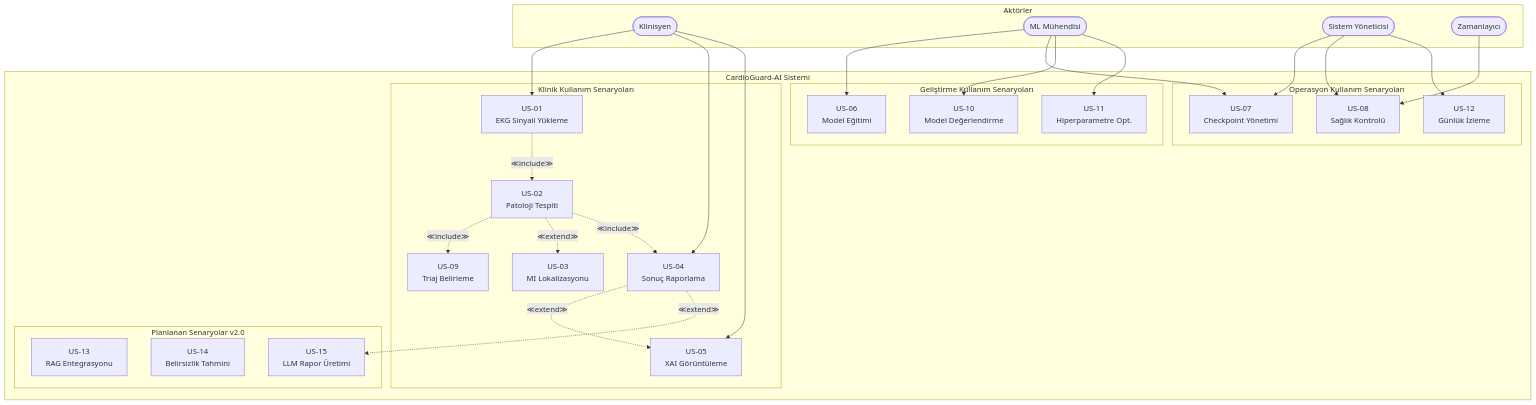
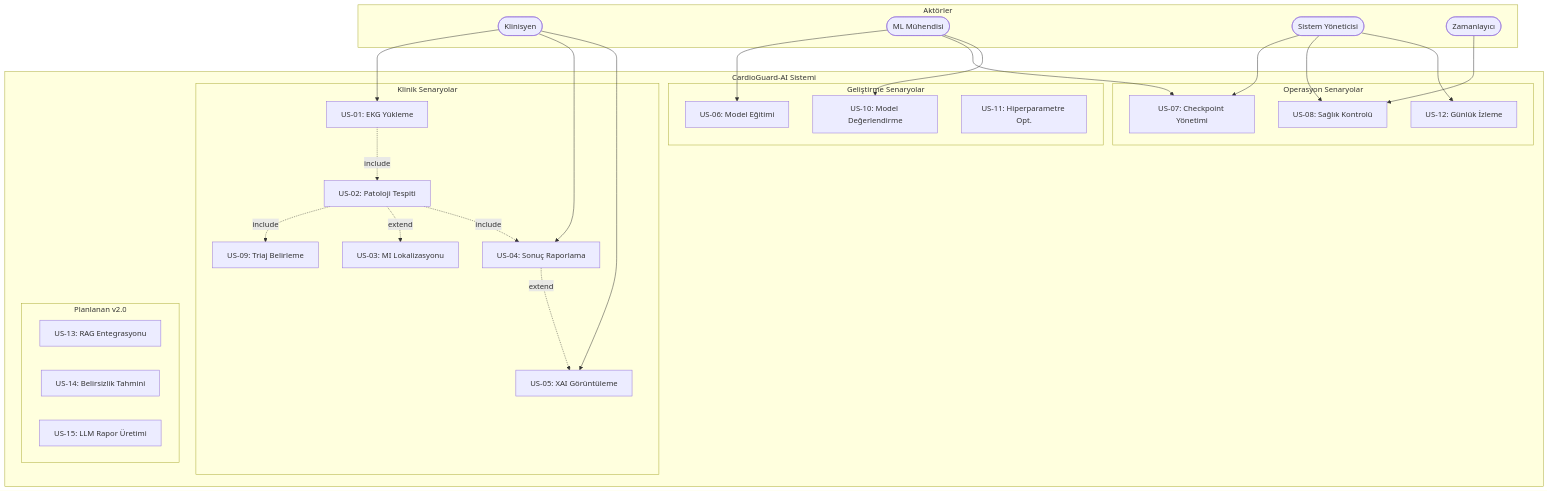
The diagram in docs/diagrams/02_use_case_diagram.md (mUsaulug/CardioGuard-AI), drawn with Mermaid before and after one commit. The commit also changed other lines of this file and 5 other files, not shown here.

````diff
--- a/docs/diagrams/02_use_case_diagram.md
+++ b/docs/diagrams/02_use_case_diagram.md
@@ -36,60 +30,58 @@
 ```mermaid
 graph TD
     subgraph Aktorler["Aktörler"]
         A1(["Klinisyen"])
         A2(["ML Mühendisi"])
         A3(["Sistem Yöneticisi"])
         A4(["Zamanlayıcı"])
     end
     
     subgraph Sistem["CardioGuard-AI Sistemi"]
-        subgraph Klinik["Klinik Kullanım Senaryoları"]
-            UC1["US-01<br/>EKG Sinyali Yükleme"]
-            UC2["US-02<br/>Patoloji Tespiti"]
-            UC3["US-03<br/>MI Lokalizasyonu"]
-            UC4["US-04<br/>Sonuç Raporlama"]
-            UC5["US-05<br/>XAI Görüntüleme"]
-            UC9["US-09<br/>Triaj Belirleme"]
+        subgraph Klinik["Klinik Senaryolar"]
+            UC1["US-01: EKG Yükleme"]
+            UC2["US-02: Patoloji Tespiti"]
+            UC3["US-03: MI Lokalizasyonu"]
+            UC4["US-04: Sonuç Raporlama"]
+            UC5["US-05: XAI Görüntüleme"]
+            UC9["US-09: Triaj Belirleme"]
         end
         
-        subgraph Gelistirme["Geliştirme Kullanım Senaryoları"]
-            UC6["US-06<br/>Model Eğitimi"]
-            UC10["US-10<br/>Model Değerlendirme"]
-            UC11["US-11<br/>Hiperparametre Opt."]
+        subgraph Gelistirme["Geliştirme Senaryolar"]
+            UC6["US-06: Model Eğitimi"]
+            UC10["US-10: Model Değerlendirme"]
+            UC11["US-11: Hiperparametre Opt."]
         end
         
-        subgraph Operasyon["Operasyon Kullanım Senaryoları"]
-            UC7["US-07<br/>Checkpoint Yönetimi"]
-            UC8["US-08<br/>Sağlık Kontrolü"]
-            UC12["US-12<br/>Günlük İzleme"]
+        subgraph Operasyon["Operasyon Senaryolar"]
+            UC7["US-07: Checkpoint Yönetimi"]
+            UC8["US-08: Sağlık Kontrolü"]
+            UC12["US-12: Günlük İzleme"]
         end
         
-        subgraph Planlanan["Planlanan Senaryolar v2.0"]
-            UC13["US-13<br/>RAG Entegrasyonu"]
-            UC14["US-14<br/>Belirsizlik Tahmini"]
-            UC15["US-15<br/>LLM Rapor Üretimi"]
+        subgraph Planlanan["Planlanan v2.0"]
+            UC13["US-13: RAG Entegrasyonu"]
+            UC14["US-14: Belirsizlik Tahmini"]
+            UC15["US-15: LLM Rapor Üretimi"]
         end
     end
     
     A1 --> UC1
     A1 --> UC4
     A1 --> UC5
     
     A2 --> UC6
     A2 --> UC7
     A2 --> UC10
-    A2 --> UC11
     
     A3 --> UC7
     A3 --> UC8
     A3 --> UC12
     
     A4 --> UC8
     
-    UC1 -.->|≪include≫| UC2
-    UC2 -.->|≪include≫| UC9
-    UC2 -.->|≪extend≫| UC3
-    UC2 -.->|≪include≫| UC4
-    UC4 -.->|≪extend≫| UC5
-    UC4 -.->|≪extend≫| UC15
+    UC1 -.->|include| UC2
+    UC2 -.->|include| UC9
+    UC2 -.->|extend| UC3
+    UC2 -.->|include| UC4
+    UC4 -.->|extend| UC5
 ```
````
